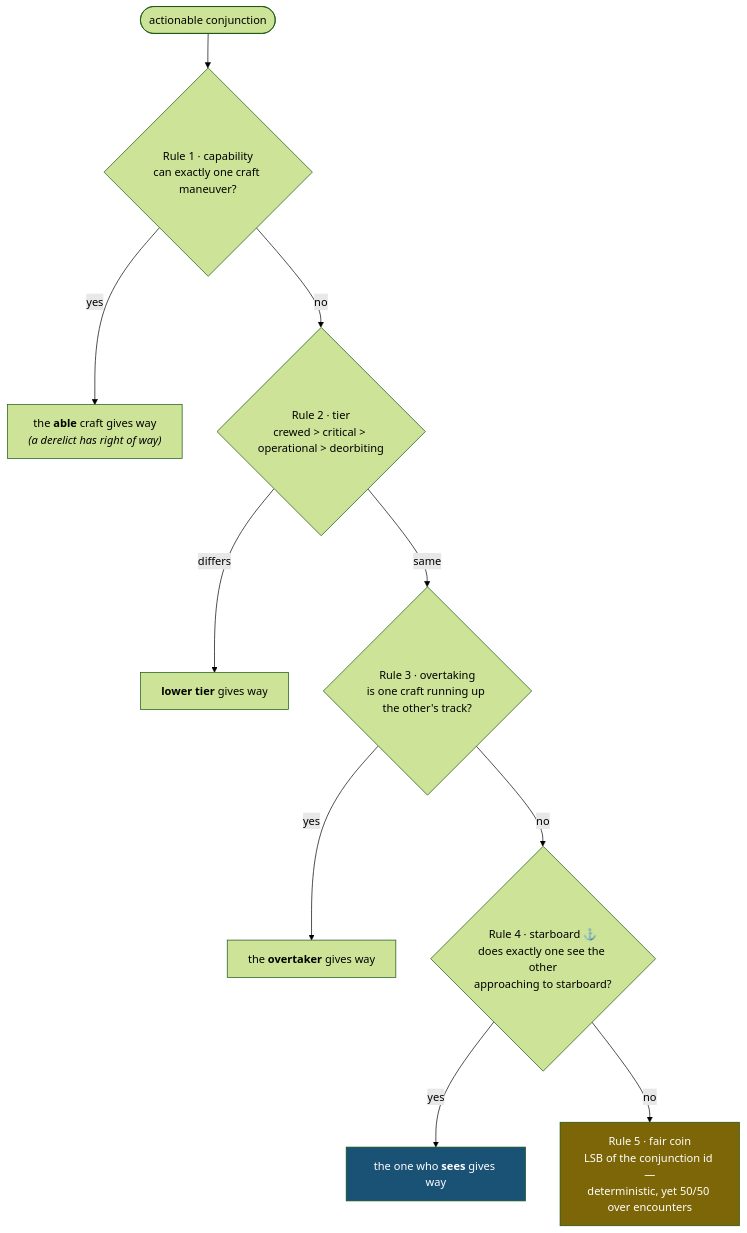
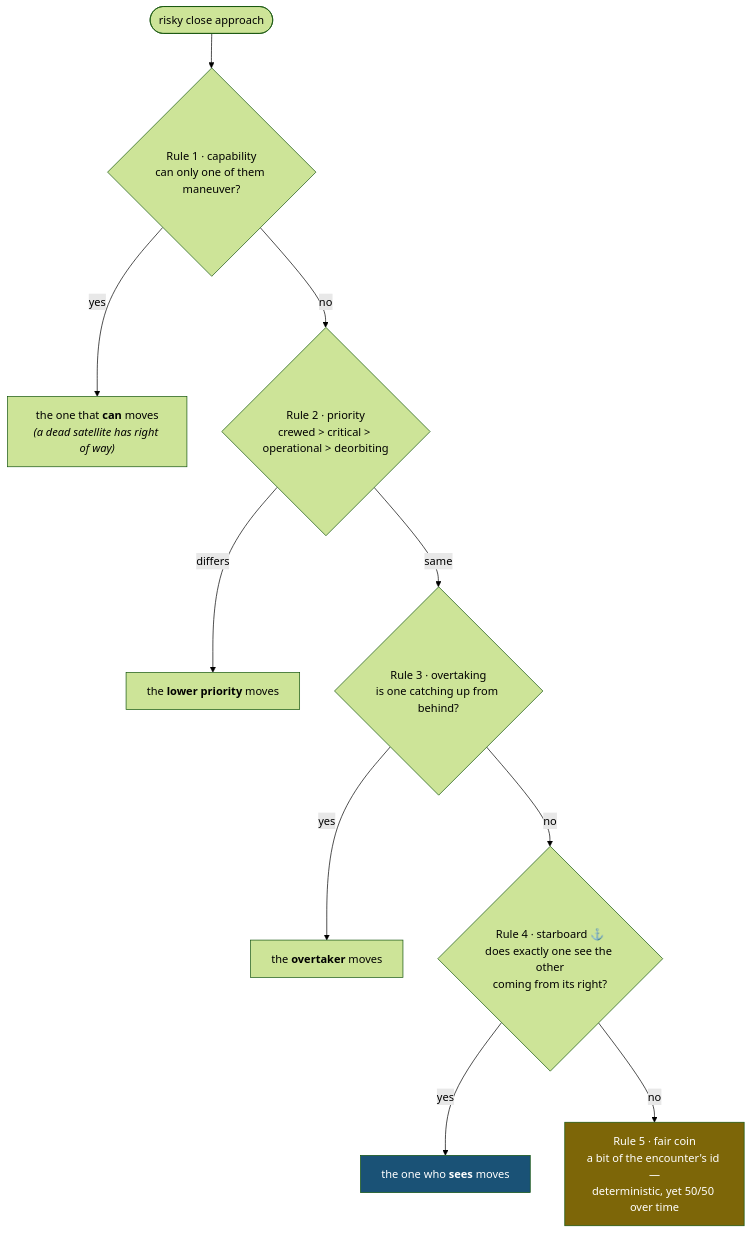
Before and after one commit to Tokeloshe/starboard-protocol: the diagram in README.md, drawn with Mermaid (forest theme). The commit also changed other lines of this file and 15 other files, not shown here.

````diff
--- a/README.md
+++ b/README.md
@@ -92,14 +141,14 @@
 ```mermaid
 flowchart TD
-    A([actionable conjunction]) --> R1{"Rule 1 · capability<br/>can exactly one craft maneuver?"}
-    R1 -- yes --> D1["the <b>able</b> craft gives way<br/><i>(a derelict has right of way)</i>"]
-    R1 -- no --> R2{"Rule 2 · tier<br/>crewed > critical > operational > deorbiting"}
-    R2 -- differs --> D2["<b>lower tier</b> gives way"]
-    R2 -- same --> R3{"Rule 3 · overtaking<br/>is one craft running up the other's track?"}
-    R3 -- yes --> D3["the <b>overtaker</b> gives way"]
-    R3 -- no --> R4{"Rule 4 · starboard ⚓<br/>does exactly one see the other<br/>approaching to starboard?"}
-    R4 -- yes --> D4["the one who <b>sees</b> gives way"]
-    R4 -- no --> D5["Rule 5 · fair coin<br/>LSB of the conjunction id —<br/>deterministic, yet 50/50 over encounters"]
+    A([risky close approach]) --> R1{"Rule 1 · capability<br/>can only one of them maneuver?"}
+    R1 -- yes --> D1["the one that <b>can</b> moves<br/><i>(a dead satellite has right of way)</i>"]
+    R1 -- no --> R2{"Rule 2 · priority<br/>crewed > critical > operational > deorbiting"}
+    R2 -- differs --> D2["the <b>lower priority</b> moves"]
+    R2 -- same --> R3{"Rule 3 · overtaking<br/>is one catching up from behind?"}
+    R3 -- yes --> D3["the <b>overtaker</b> moves"]
+    R3 -- no --> R4{"Rule 4 · starboard ⚓<br/>does exactly one see the other<br/>coming from its right?"}
+    R4 -- yes --> D4["the one who <b>sees</b> moves"]
+    R4 -- no --> D5["Rule 5 · fair coin<br/>a bit of the encounter's id —<br/>deterministic, yet 50/50 over time"]
     style D4 fill:#1a5276,color:#fff
     style D5 fill:#7d6608,color:#fff
 ```
````
